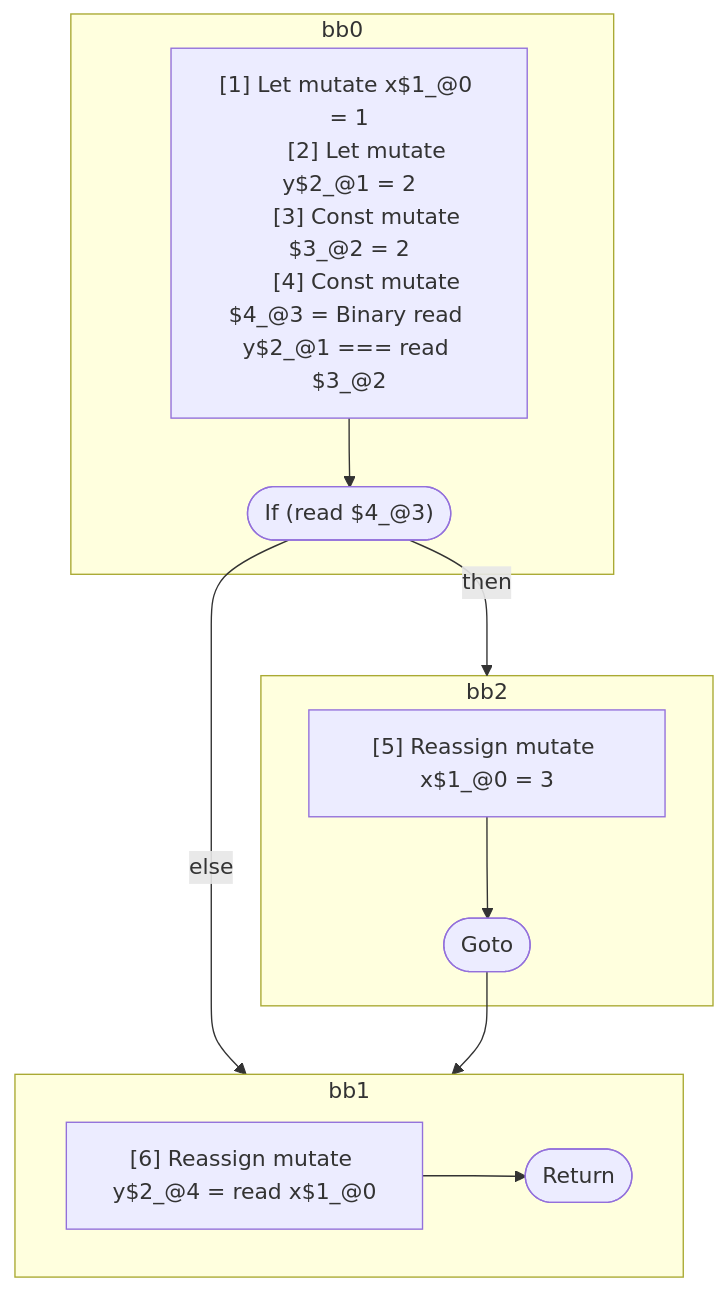
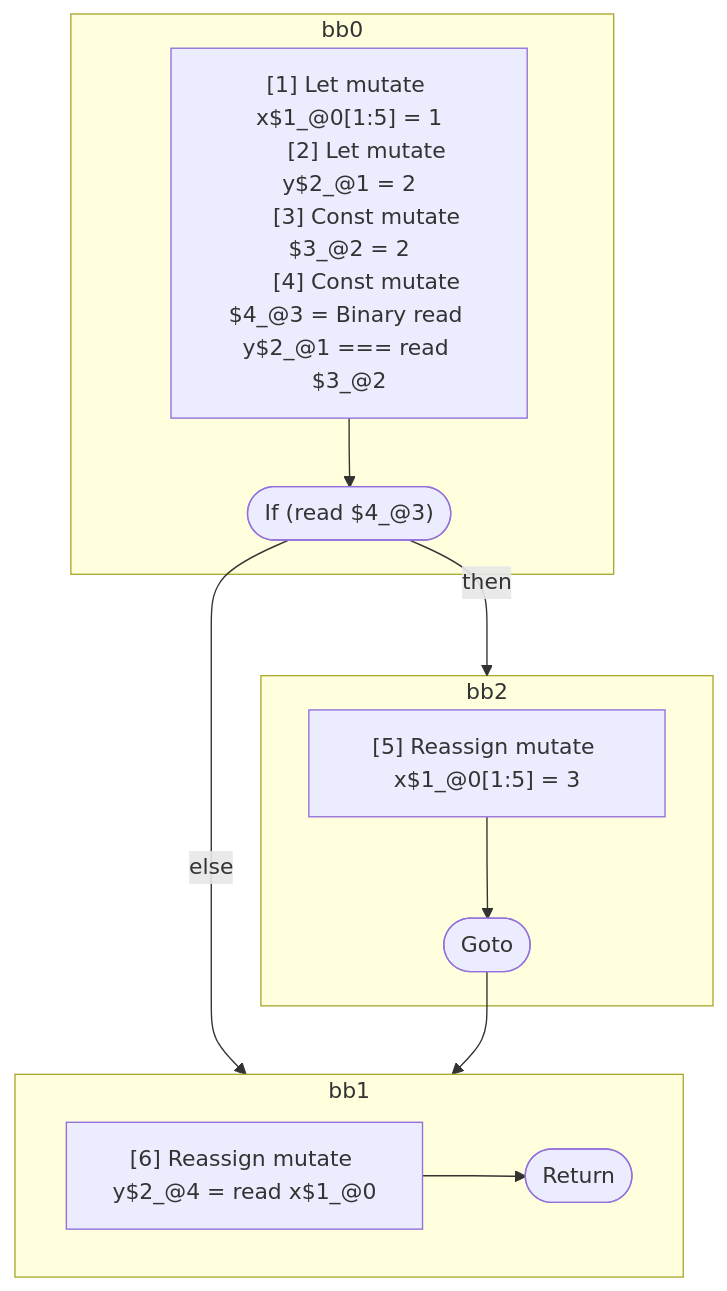
The diagram in compiler/forget/src/__tests__/fixtures/hir/ssa-complex-single-if.expect.md (wutsmog/private), drawn with Mermaid before and after one commit. The commit also changed other lines of this file and 33 other files, not shown here.

````diff
--- a/compiler/forget/src/__tests__/fixtures/hir/ssa-complex-single-if.expect.md
+++ b/compiler/forget/src/__tests__/fixtures/hir/ssa-complex-single-if.expect.md
@@ -38,31 +38,31 @@
 ```mermaid
 flowchart TB
   %% Basic Blocks
   subgraph bb0
     bb0_instrs["
-      [1] Let mutate x$1_@0 = 1
+      [1] Let mutate x$1_@0[1:5] = 1
       [2] Let mutate y$2_@1 = 2
       [3] Const mutate $3_@2 = 2
       [4] Const mutate $4_@3 = Binary read y$2_@1 === read $3_@2
     "]
     bb0_instrs --> bb0_terminal(["If (read $4_@3)"])
   end
   subgraph bb2
     bb2_instrs["
-      [5] Reassign mutate x$1_@0 = 3
+      [5] Reassign mutate x$1_@0[1:5] = 3
     "]
     bb2_instrs --> bb2_terminal(["Goto"])
   end
   subgraph bb1
     bb1_instrs["
       [6] Reassign mutate y$2_@4 = read x$1_@0
     "]
     bb1_instrs --> bb1_terminal(["Return"])
   end
 
   %% Jumps
   bb0_terminal -- then --> bb2
   bb0_terminal -- else --> bb1
   bb2_terminal --> bb1
 
 ```
````
